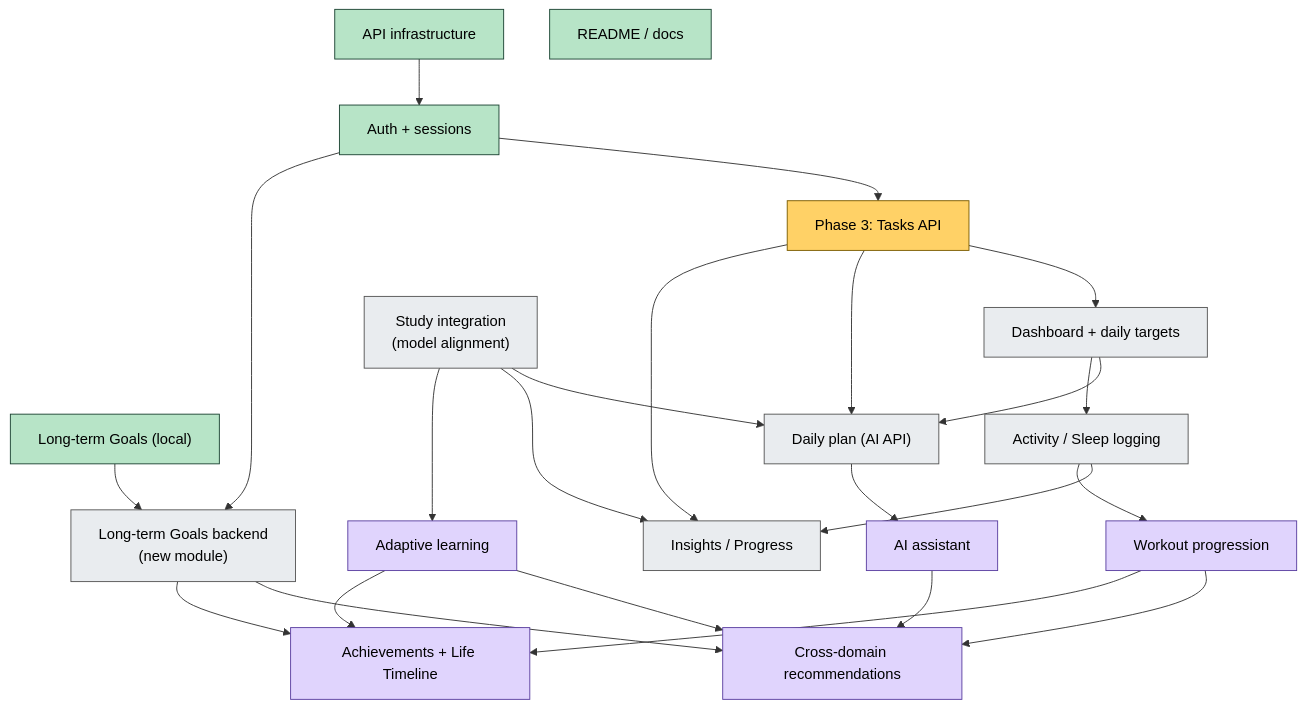
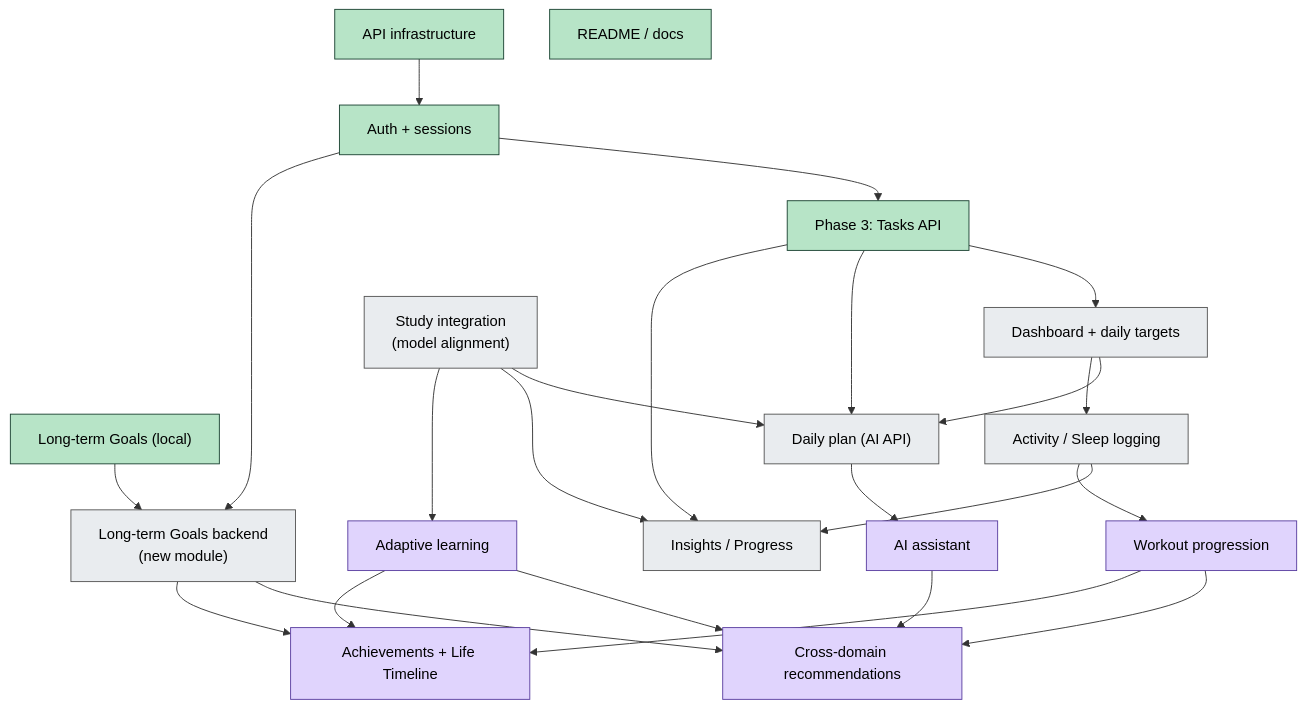
Before and after one commit to Gaoher-1207/omnia: the diagram in docs/omnia-vault/Roadmap/Roadmap.md, drawn with Mermaid. The commit also changed other lines of this file and 25 other files, not shown here.

Commit message:
Integrate Tasks with backend API

````diff
--- a/docs/omnia-vault/Roadmap/Roadmap.md
+++ b/docs/omnia-vault/Roadmap/Roadmap.md
@@ -22,46 +23,46 @@
 ```mermaid
 flowchart TD
     classDef done fill:#b7e4c7,stroke:#1b4332,color:#000
     classDef next fill:#ffd166,stroke:#7a5c00,color:#000
     classDef later fill:#e9ecef,stroke:#555,color:#000
     classDef vision fill:#e0d4fd,stroke:#5a3fa0,color:#000
 
     G["Long-term Goals (local)"]:::done
     INF["API infrastructure"]:::done
     AUTH["Auth + sessions"]:::done
     DOC["README / docs"]:::done
-    T["Phase 3: Tasks API"]:::next
+    T["Phase 3: Tasks API"]:::done
     DASH["Dashboard + daily targets"]:::later
     PLAN["Daily plan (AI API)"]:::later
     STUDY["Study integration<br/>(model alignment)"]:::later
     TRACK["Activity / Sleep logging"]:::later
     INS["Insights / Progress"]:::later
     GB["Long-term Goals backend<br/>(new module)"]:::later
     AL["Adaptive learning"]:::vision
     FIT["Workout progression"]:::vision
     AIA["AI assistant"]:::vision
     XD["Cross-domain recommendations"]:::vision
     ACH["Achievements + Life Timeline"]:::vision
 
     INF --> AUTH --> T
     T --> DASH
     DASH --> PLAN
     T --> PLAN
     STUDY --> PLAN
     DASH --> TRACK
     TRACK --> INS
     T --> INS
     STUDY --> INS
     AUTH --> GB
     G --> GB
     STUDY --> AL
     TRACK --> FIT
     PLAN --> AIA
     AL --> XD
     FIT --> XD
     GB --> XD
     AIA --> XD
     GB --> ACH
     FIT --> ACH
     AL --> ACH
 ```
````
